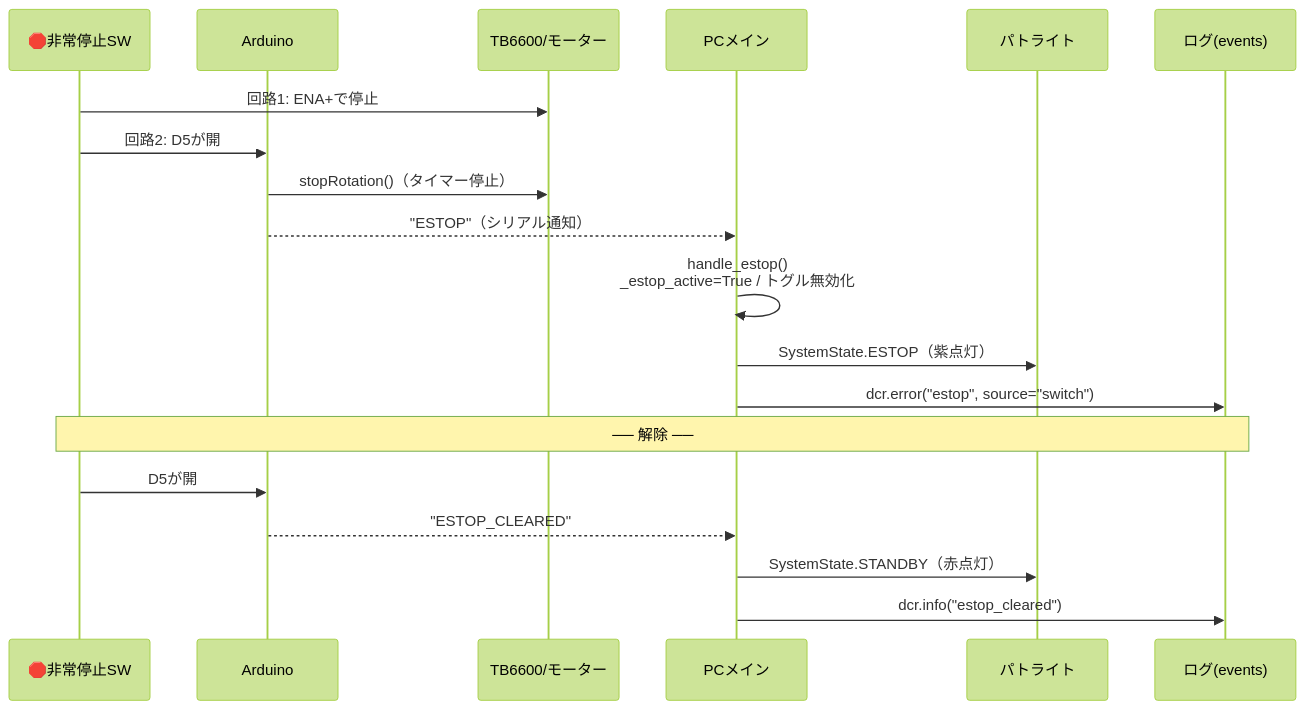
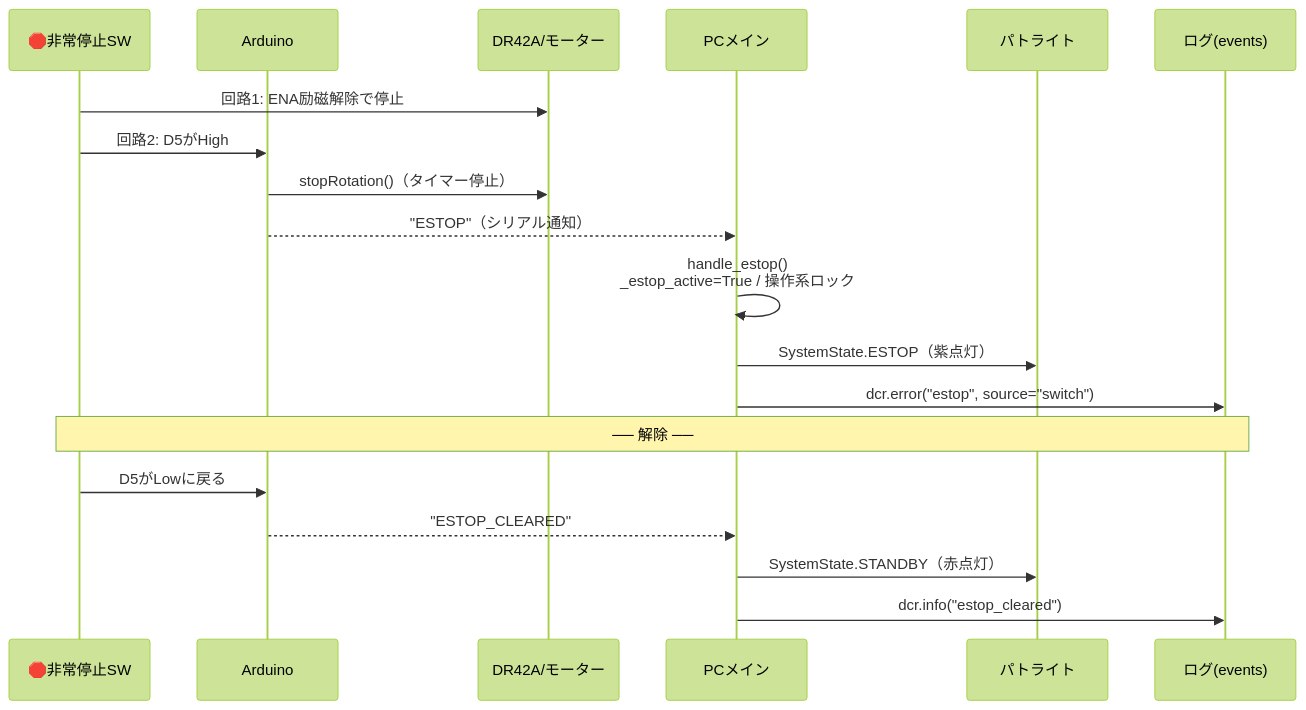
Before and after one commit to 58maruG/DCRsystem5goki_PC_app_raw: the second of 3 diagrams in README.md, drawn with Mermaid (forest theme). The commit also changed other lines of this file and 36 other files, not shown here.

````diff
--- a/README.md
+++ b/README.md
@@ -206,23 +268,23 @@
 ```mermaid
 sequenceDiagram
     participant SW as 🛑非常停止SW
     participant ARD as Arduino
-    participant DRV as TB6600/モーター
+    participant DRV as DR42A/モーター
     participant PC as PCメイン
     participant PAT as パトライト
     participant LOG as ログ(events)
 
-    SW->>DRV: 回路1: ENA+で停止
-    SW->>ARD: 回路2: D5が開
+    SW->>DRV: 回路1: ENA励磁解除で停止
+    SW->>ARD: 回路2: D5がHigh
     ARD->>DRV: stopRotation()（タイマー停止）
     ARD-->>PC: "ESTOP"（シリアル通知）
-    PC->>PC: handle_estop()<br/>_estop_active=True / トグル無効化
+    PC->>PC: handle_estop()<br/>_estop_active=True / 操作系ロック
     PC->>PAT: SystemState.ESTOP（紫点灯）
     PC->>LOG: dcr.error("estop", source="switch")
 
     Note over SW,LOG: ── 解除 ──
-    SW->>ARD: D5が開
+    SW->>ARD: D5がLowに戻る
     ARD-->>PC: "ESTOP_CLEARED"
     PC->>PAT: SystemState.STANDBY（赤点灯）
     PC->>LOG: dcr.info("estop_cleared")
 ```
````
